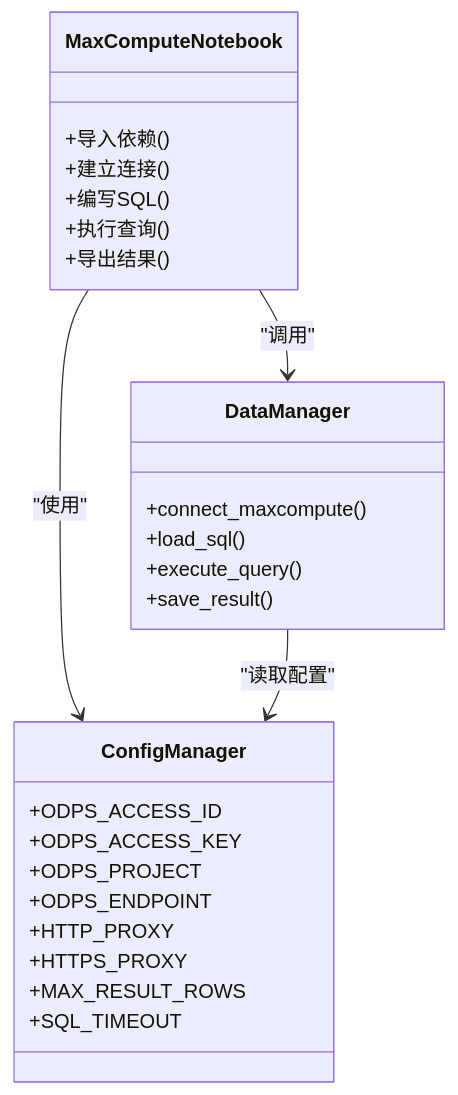
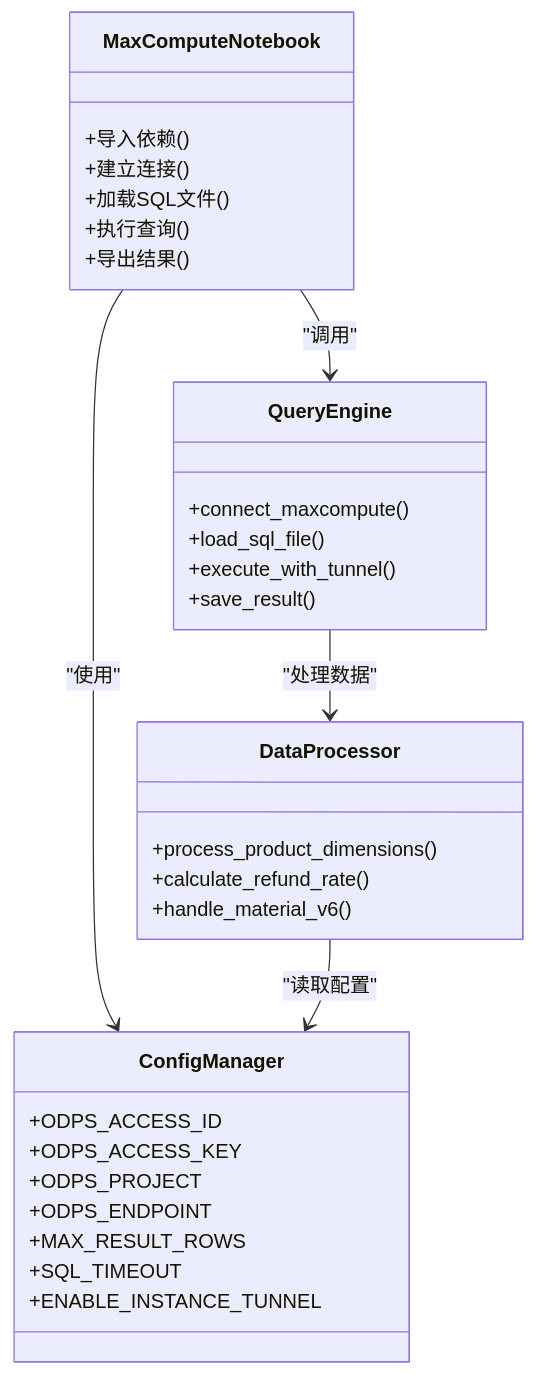
Before and after one commit to sd99886/test: the fourth of 10 diagrams in .qoder/repowiki/zh/content/Notebook使用指南.md, drawn with Mermaid. The commit also changed other lines of this file and 195 other files, not shown here.

````diff
--- a/.qoder/repowiki/zh/content/Notebook使用指南.md
+++ b/.qoder/repowiki/zh/content/Notebook使用指南.md
@@ -159,29 +197,34 @@
 ```mermaid
 classDiagram
 class MaxComputeNotebook {
 +导入依赖()
 +建立连接()
-+编写SQL()
++加载SQL文件()
 +执行查询()
 +导出结果()
 }
 class ConfigManager {
 +ODPS_ACCESS_ID
 +ODPS_ACCESS_KEY
 +ODPS_PROJECT
 +ODPS_ENDPOINT
-+HTTP_PROXY
-+HTTPS_PROXY
 +MAX_RESULT_ROWS
 +SQL_TIMEOUT
++ENABLE_INSTANCE_TUNNEL
 }
-class DataManager {
+class QueryEngine {
 +connect_maxcompute()
-+load_sql()
-+execute_query()
++load_sql_file()
++execute_with_tunnel()
 +save_result()
 }
+class DataProcessor {
++process_product_dimensions()
++calculate_refund_rate()
++handle_material_v6()
+}
 MaxComputeNotebook --> ConfigManager : "使用"
-MaxComputeNotebook --> DataManager : "调用"
-DataManager --> ConfigManager : "读取配置"
+MaxComputeNotebook --> QueryEngine : "调用"
+QueryEngine --> DataProcessor : "处理数据"
+DataProcessor --> ConfigManager : "读取配置"
 ```
````
